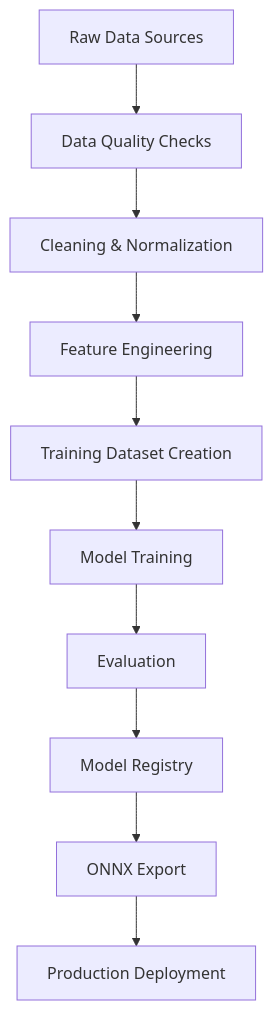
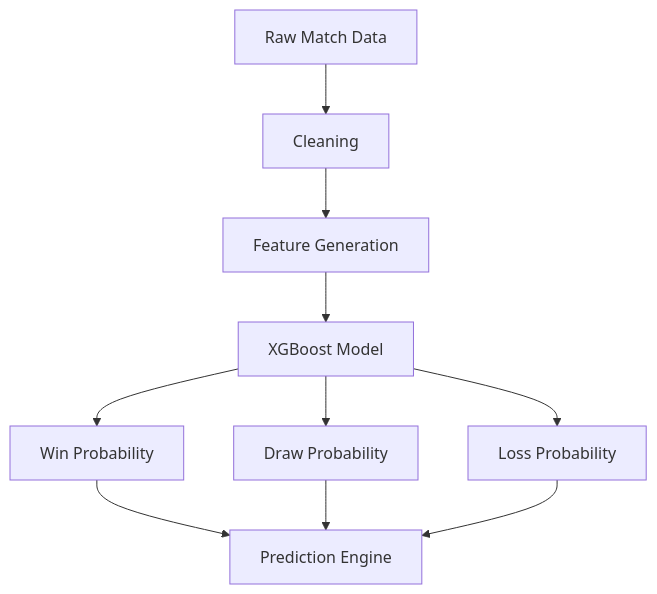
One commit to sai-ganesh-4539/StatVault changed the second of 9 diagrams in README.md. Above: the diagram before and after it, drawn with Mermaid. The commit also changed other lines of this file, not shown here.

````diff
--- a/README.md
+++ b/README.md
@@ -80,23 +31,21 @@
 ```mermaid
 flowchart TD
 
-A[Raw Data Sources]
+A[Raw Match Data]
 
-A --> B[Data Quality Checks]
+A --> B[Cleaning]
 
-B --> C[Cleaning & Normalization]
+B --> C[Feature Generation]
 
-C --> D[Feature Engineering]
+C --> D[XGBoost Model]
 
-D --> E[Training Dataset Creation]
+D --> E[Win Probability]
 
-E --> F[Model Training]
+D --> F[Draw Probability]
 
-F --> G[Evaluation]
+D --> G[Loss Probability]
 
-G --> H[Model Registry]
-
-H --> I[ONNX Export]
-
-I --> J[Production Deployment]
+E --> H[Prediction Engine]
+F --> H
+G --> H
 ```
````
